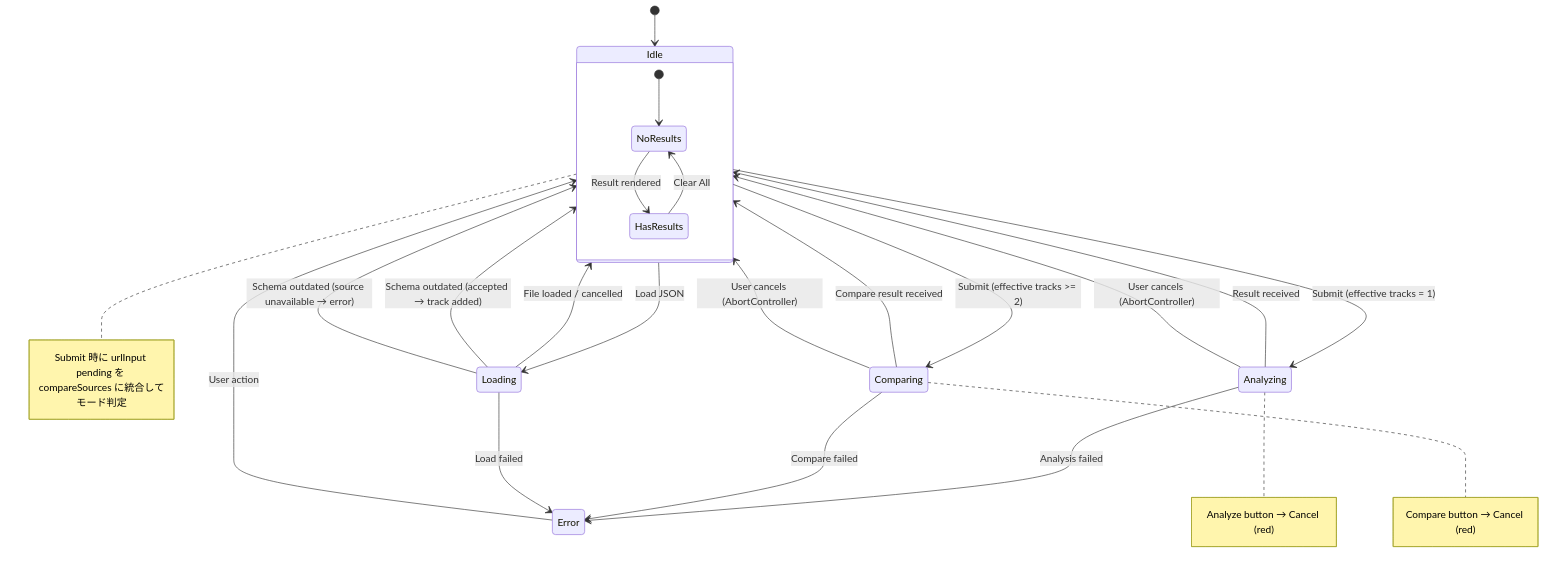
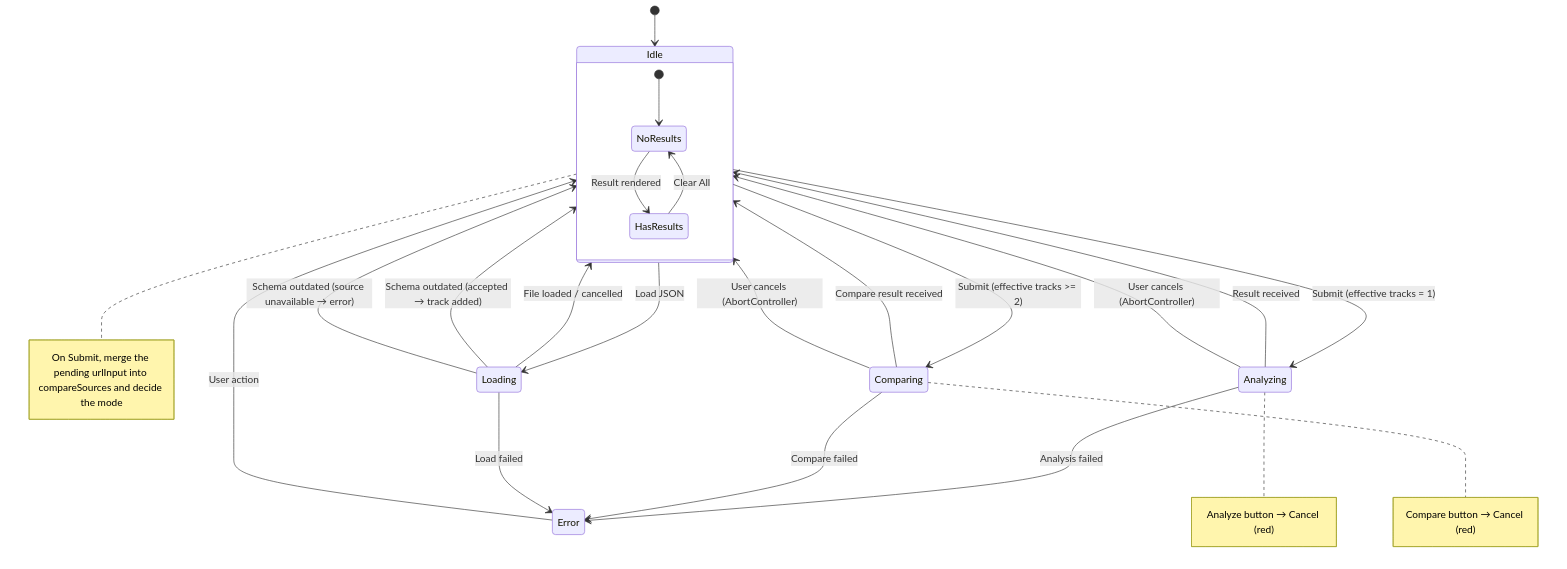
Before and after one commit to semnil/analyze-spectrum: diagram 11 of 17 in docs/architecture.md, drawn with Mermaid. The commit also changed other lines of this file and 3 other files, not shown here.

First line of the commit message:
docs: make the README and the architecture document English with a Japanese counterpart

````diff
--- a/docs/architecture.md
+++ b/docs/architecture.md
@@ -274,32 +276,32 @@
 ```mermaid
 stateDiagram-v2
     [*] --> Idle
     Idle --> Analyzing : Submit (effective tracks = 1)
     Idle --> Comparing : Submit (effective tracks >= 2)
     Idle --> Loading : Load JSON
 
     Analyzing --> Idle : Result received
     Analyzing --> Idle : User cancels (AbortController)
     Analyzing --> Error : Analysis failed
 
     Comparing --> Idle : Compare result received
     Comparing --> Idle : User cancels (AbortController)
     Comparing --> Error : Compare failed
 
     Loading --> Idle : File loaded / cancelled
     Loading --> Idle : Schema outdated (accepted → track added)
     Loading --> Idle : Schema outdated (source unavailable → error)
     Loading --> Error : Load failed
 
     Error --> Idle : User action
 
     state Idle {
         [*] --> NoResults
         NoResults --> HasResults : Result rendered
         HasResults --> NoResults : Clear All
     }
 
-    note right of Idle : Submit 時に urlInput pending を compareSources に統合してモード判定
+    note right of Idle : On Submit, merge the pending urlInput into compareSources and decide the mode
     note right of Analyzing : Analyze button → Cancel (red)
     note right of Comparing : Compare button → Cancel (red)
 ```
````
